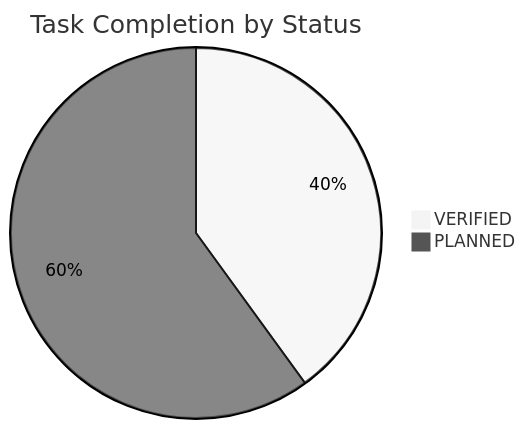
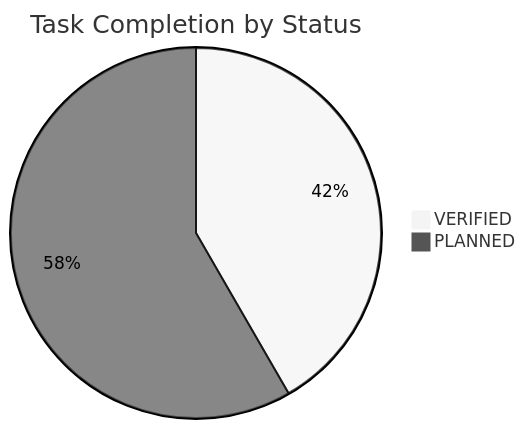
One commit to NguyenTriBaoThang/ClearWayAI changed the diagram in docs/TASK_BOARD.md. Above: the diagram before and after it, drawn with Mermaid (neutral theme). The commit also changed other lines of this file and 16 other files, not shown here.

````diff
--- a/docs/TASK_BOARD.md
+++ b/docs/TASK_BOARD.md
@@ -16,5 +16,5 @@
 ```mermaid
 pie title Task Completion by Status
-    "VERIFIED" : 24
-    "PLANNED" : 36
+    "VERIFIED" : 25
+    "PLANNED" : 35
 ```
````
